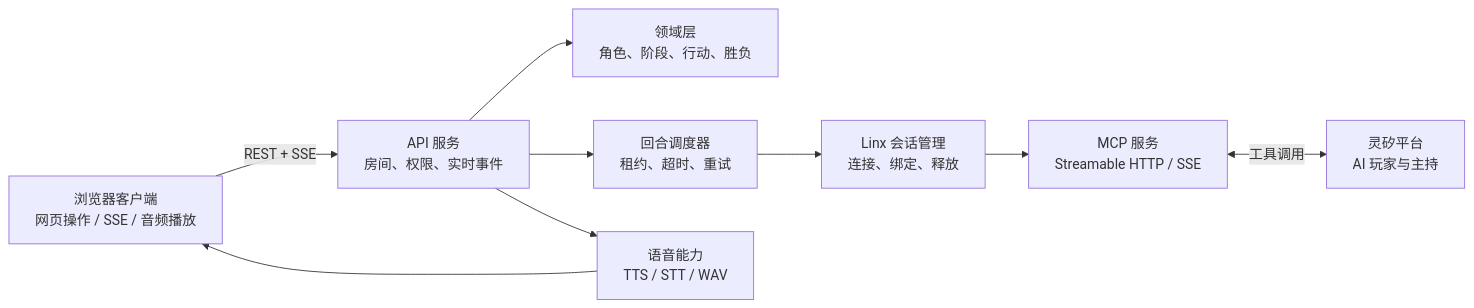
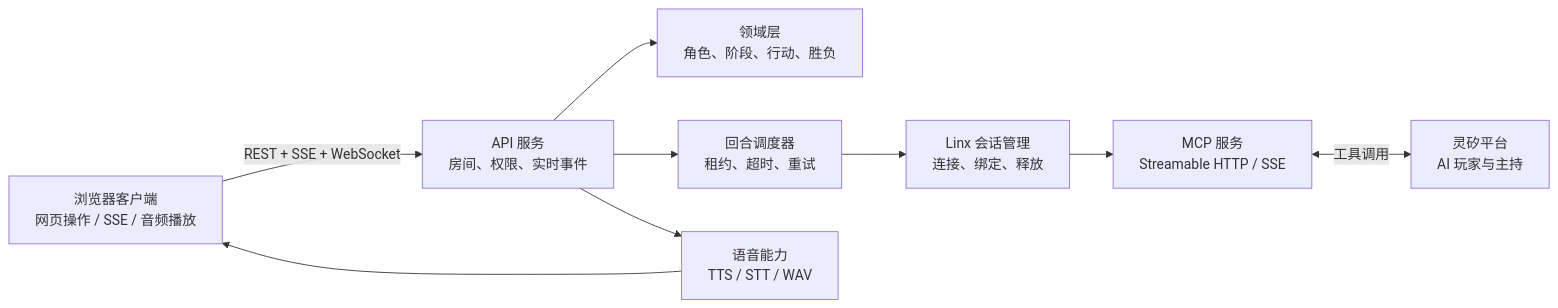
The diagram in README.md (LMH168/Linx-Night), drawn with Mermaid before and after one commit. The commit also changed other lines of this file, not shown here.

```diff
--- a/README.md
+++ b/README.md
@@ -72,19 +100,19 @@
 ~~~mermaid
 flowchart LR
   Browser[浏览器客户端\n网页操作 / SSE / 音频播放]
   API[API 服务\n房间、权限、实时事件]
   Domain[领域层\n角色、阶段、行动、胜负]
   Scheduler[回合调度器\n租约、超时、重试]
   Manager[Linx 会话管理\n连接、绑定、释放]
   MCP[MCP 服务\nStreamable HTTP / SSE]
   Linx[灵矽平台\nAI 玩家与主持]
   Voice[语音能力\nTTS / STT / WAV]
-  Browser -->|REST + SSE| API
+  Browser -->|REST + SSE + WebSocket| API
   API --> Domain
   API --> Scheduler
   Scheduler --> Manager
   Manager --> MCP
   MCP <-->|工具调用| Linx
   API --> Voice
   Voice --> Browser
 ~~~
```
